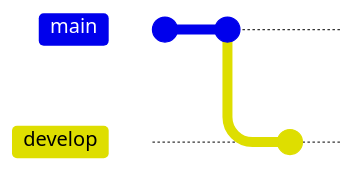
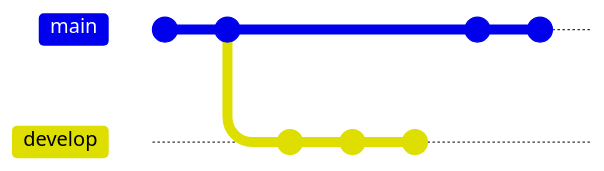
One commit to TheRadDani/sql_etls changed the diagram in README.md. Above: the diagram before and after it, drawn with Mermaid. Commit ids are hidden.

````diff
--- a/README.md
+++ b/README.md
@@ -1,8 +1,12 @@
 ```mermaid
 gitGraph
        commit
        commit
        branch develop
-
+       commit
+       commit
+       commit
+       checkout main
+       commit
        commit
 ```
````
